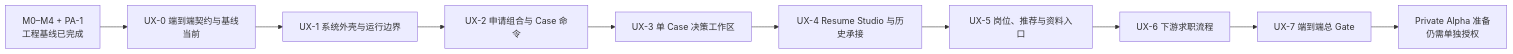
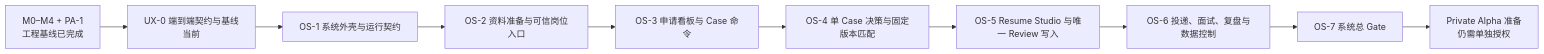
Before and after one commit to CodeVoyager21932/Aijob: the diagram in docs/06-mvp-roadmap.md, drawn with Mermaid. The commit also changed other lines of this file and 22 other files, not shown here.

```diff
--- a/docs/06-mvp-roadmap.md
+++ b/docs/06-mvp-roadmap.md
@@ -38,12 +39,12 @@
 ~~~mermaid
 flowchart LR
     B["M0–M4 + PA-1<br/>工程基线已完成"] --> U0["UX-0 端到端契约与基线<br/>当前"]
-    U0 --> U1["UX-1 系统外壳与运行边界"]
-    U1 --> U2["UX-2 申请组合与 Case 命令"]
-    U2 --> U3["UX-3 单 Case 决策工作区"]
-    U3 --> U4["UX-4 Resume Studio 与历史承接"]
-    U4 --> U5["UX-5 岗位、推荐与资料入口"]
-    U5 --> U6["UX-6 下游求职流程"]
-    U6 --> U7["UX-7 端到端总 Gate"]
-    U7 --> P["Private Alpha 准备<br/>仍需单独授权"]
+    U0 --> O1["OS-1 系统外壳与运行契约"]
+    O1 --> O2["OS-2 资料准备与可信岗位入口"]
+    O2 --> O3["OS-3 申请看板与 Case 命令"]
+    O3 --> O4["OS-4 单 Case 决策与固定版本匹配"]
+    O4 --> O5["OS-5 Resume Studio 与唯一 Review 写入"]
+    O5 --> O6["OS-6 投递、面试、复盘与数据控制"]
+    O6 --> O7["OS-7 系统总 Gate"]
+    O7 --> P["Private Alpha 准备<br/>仍需单独授权"]
 ~~~
```
